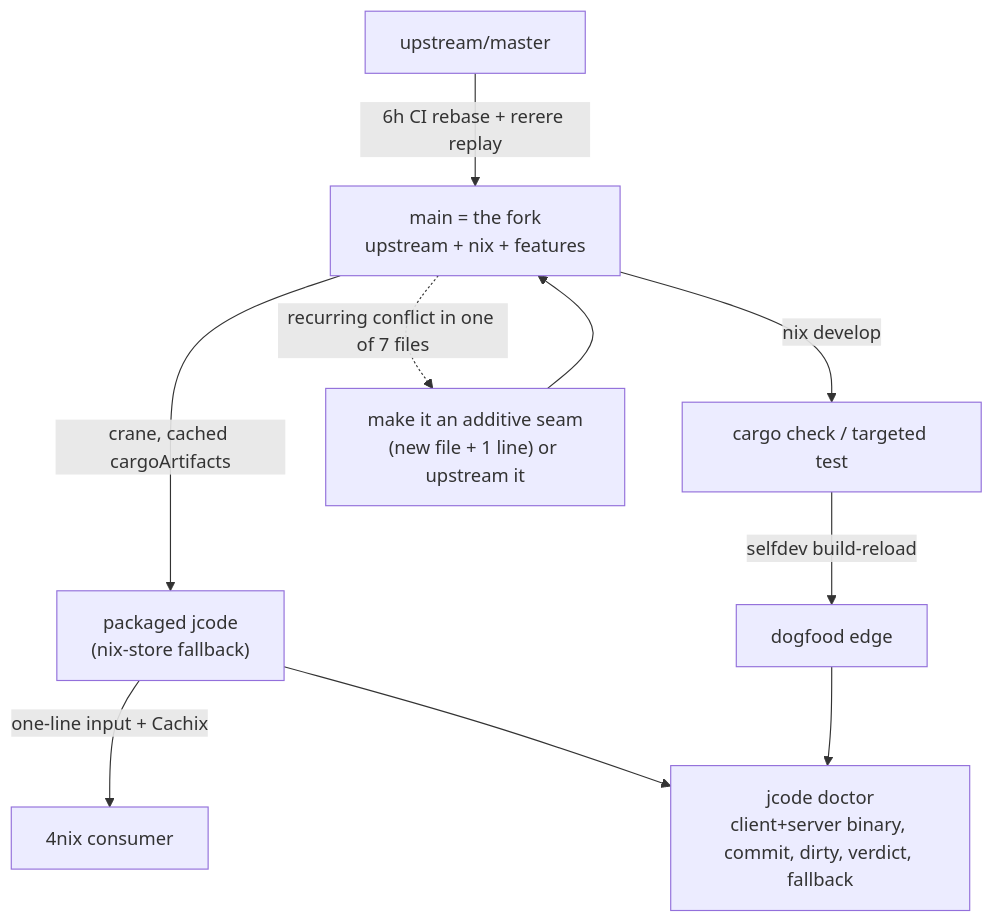
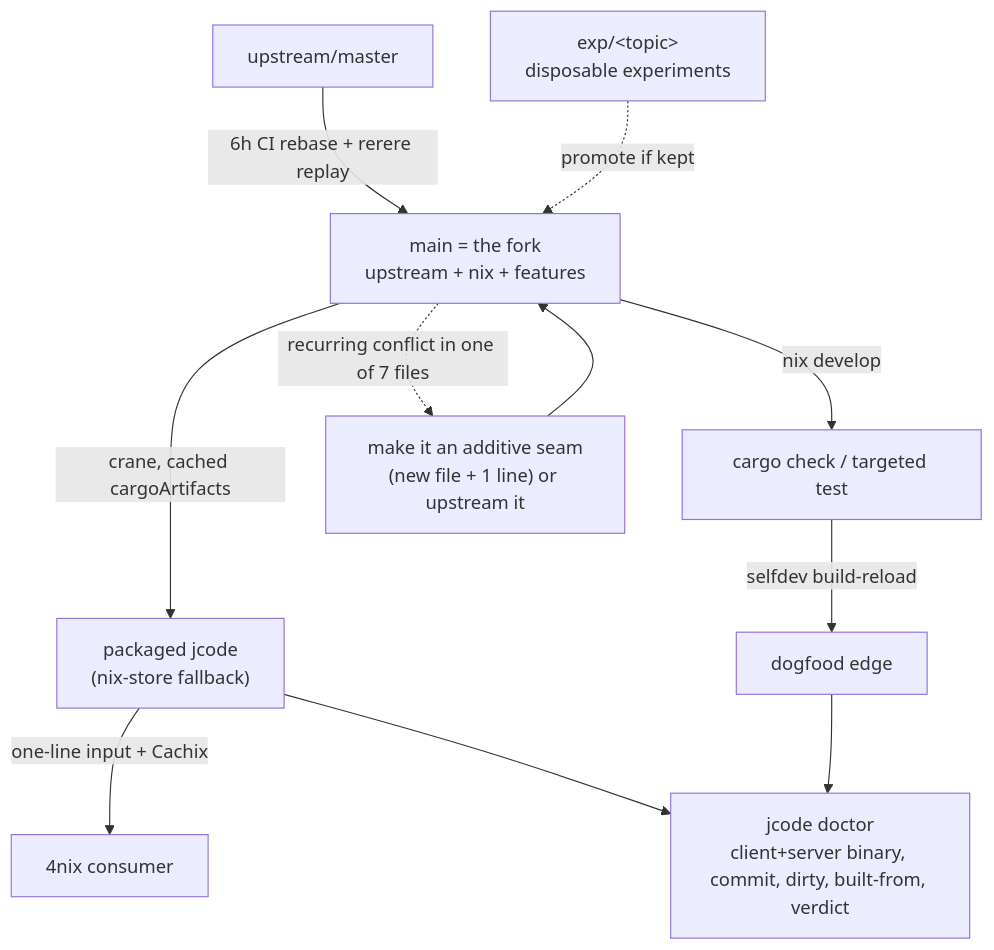
Before and after one commit to jerudnik/jcode: the diagram in docs/architecture/FORK_SUSTAINABILITY_MODEL.md, drawn with Mermaid. The commit also changed other lines of this file, not shown here.

First line of the commit message:
docs(architecture): refresh fork model with mermaid worked example + NS4

````diff
--- a/docs/architecture/FORK_SUSTAINABILITY_MODEL.md
+++ b/docs/architecture/FORK_SUSTAINABILITY_MODEL.md
@@ -198,12 +281,13 @@
 ```mermaid
 flowchart TD
-  U["upstream/master"] -->|6h CI rebase + rerere replay| M["main = the fork\nupstream + nix + features"]
-  M -->|crane, cached cargoArtifacts| P["packaged jcode\n(nix-store fallback)"]
+  U["upstream/master"] -->|6h CI rebase + rerere replay| M["main = the fork<br/>upstream + nix + features"]
+  M -->|crane, cached cargoArtifacts| P["packaged jcode<br/>(nix-store fallback)"]
   P -->|one-line input + Cachix| N4["4nix consumer"]
   M -->|nix develop| Dev["cargo check / targeted test"]
   Dev -->|selfdev build-reload| Edge["dogfood edge"]
-  P --> Doctor["jcode doctor\nclient+server binary, commit, dirty, verdict, fallback"]
+  P --> Doctor["jcode doctor<br/>client+server binary, commit, dirty, built-from, verdict"]
   Edge --> Doctor
-  M -. recurring conflict in one of 7 files .-> Seam["make it an additive seam\n(new file + 1 line) or upstream it"]
+  M -. recurring conflict in one of 7 files .-> Seam["make it an additive seam<br/>(new file + 1 line) or upstream it"]
   Seam --> M
+  Exp["exp/&lt;topic&gt;<br/>disposable experiments"] -. promote if kept .-> M
 ```
````
